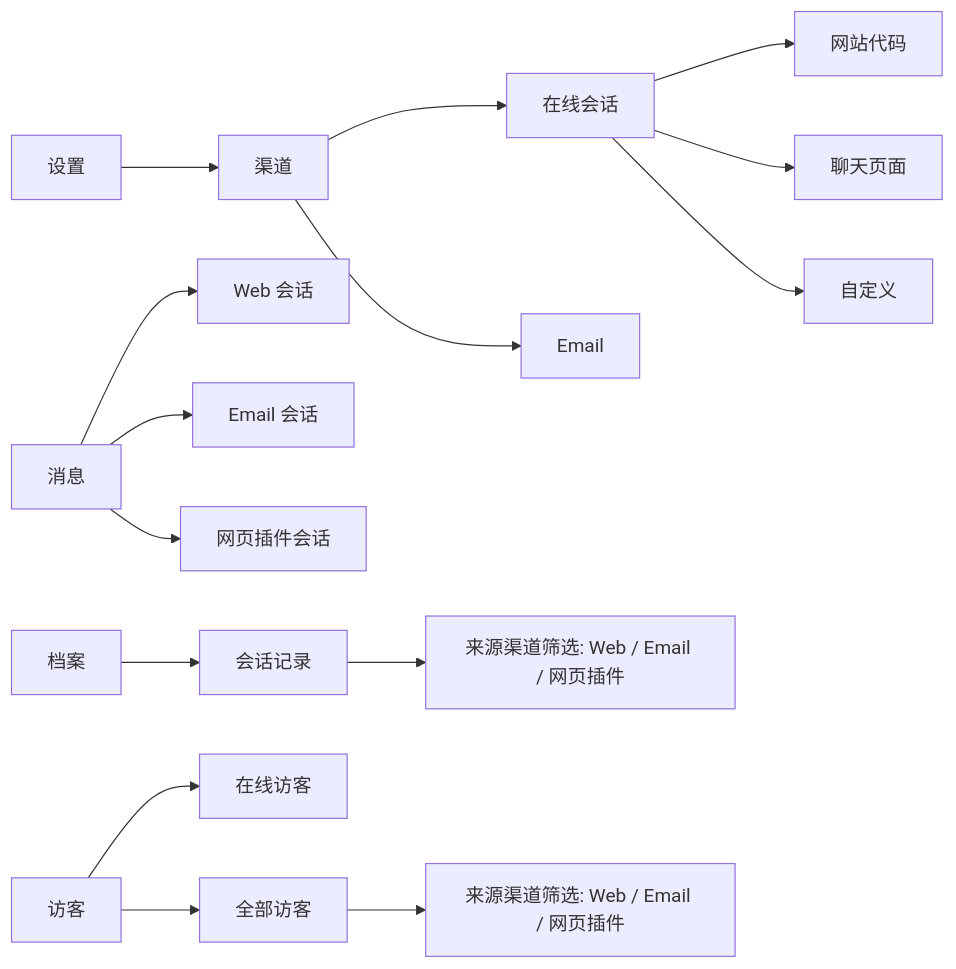
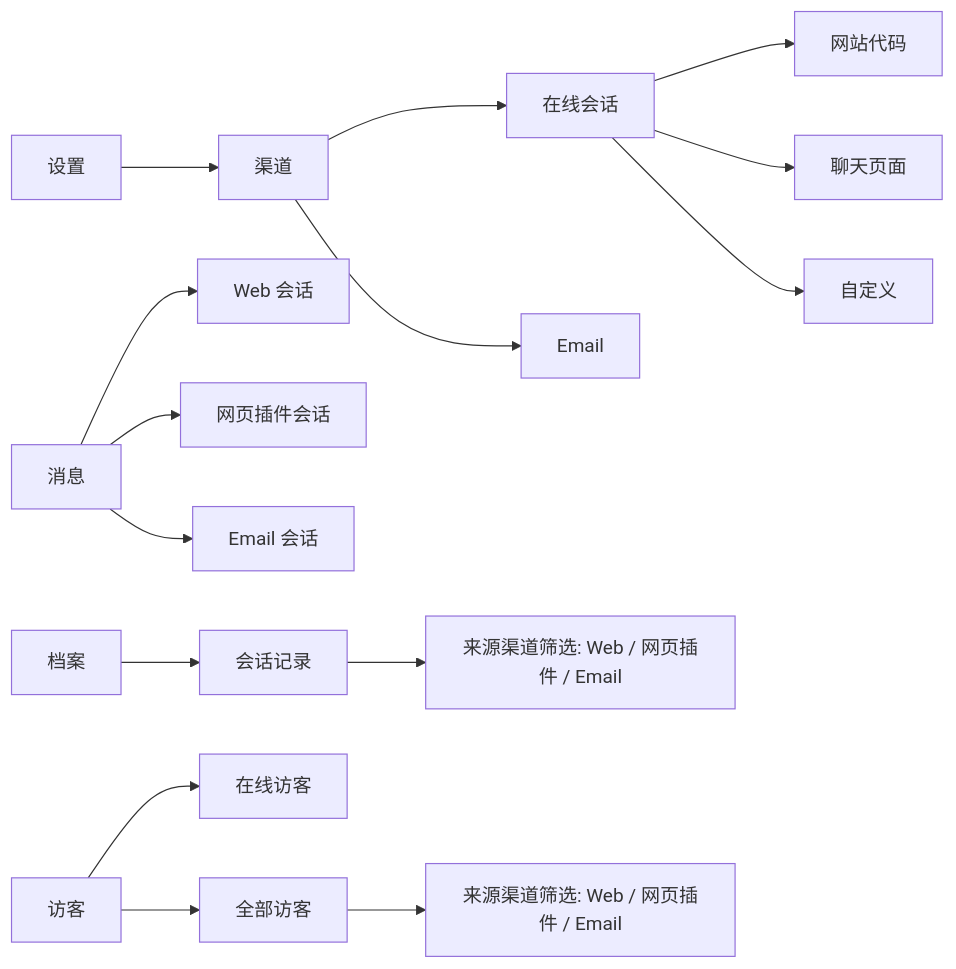
One commit to goeye/twt changed the first of 3 diagrams in docs/PRD-接入邮箱渠道.md. Above: the diagram before and after it, drawn with Mermaid. The commit also changed other lines of this file and 2 other files, not shown here.

````diff
--- a/docs/PRD-接入邮箱渠道.md
+++ b/docs/PRD-接入邮箱渠道.md
@@ -66,21 +66,21 @@
 ```mermaid
 graph LR
   A[设置] --> B[渠道]
   B --> B1[在线会话]
   B1 --> B1a[网站代码]
   B1 --> B1b[聊天页面]
   B1 --> B1c[自定义]
   B --> B2[Email]
 
   C[消息] --> C1[Web 会话]
-  C --> C2[Email 会话]
-  C --> C3[网页插件会话]
+  C --> C2[网页插件会话]
+  C --> C3[Email 会话]
 
   D[档案] --> D1[会话记录]
-  D1 --> D1a[来源渠道筛选: Web / Email / 网页插件]
+  D1 --> D1a[来源渠道筛选: Web / 网页插件 / Email]
 
   E[访客] --> E1[在线访客]
   E[访客] --> E2[全部访客]
-  E2 --> E2a[来源渠道筛选: Web / Email / 网页插件]
+  E2 --> E2a[来源渠道筛选: Web / 网页插件 / Email]
 
 ```
````
